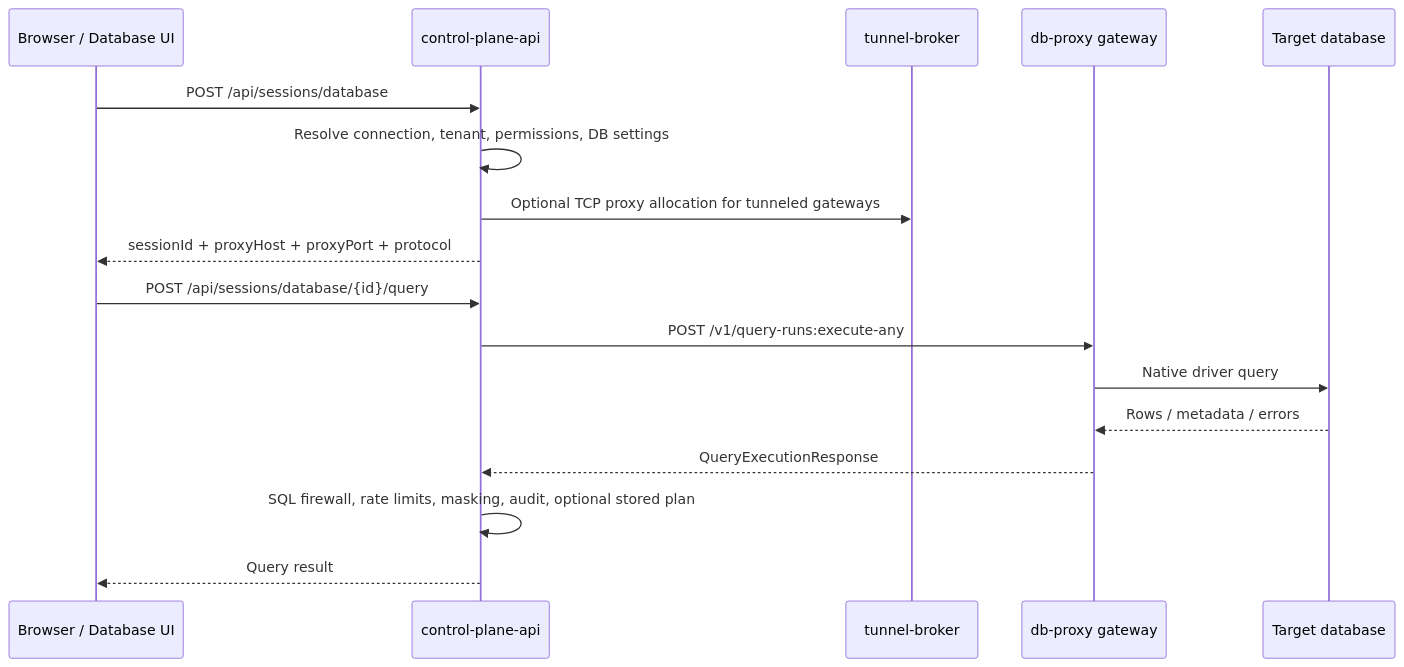
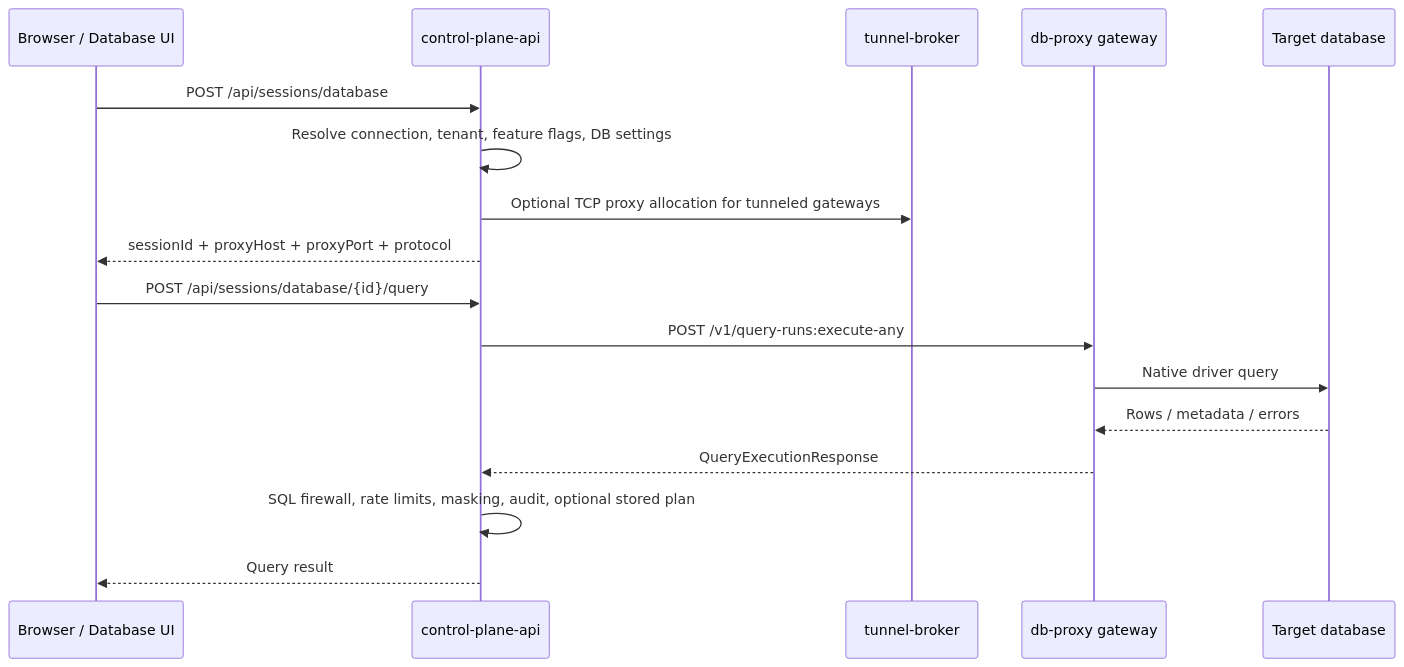
Before and after one commit to dnviti/remote-desktop-manager: the fourth of 4 diagrams in docs/architecture.md, drawn with Mermaid. The commit also changed other lines of this file and 80 other files, not shown here.

Commit message:
Add installer-managed deployment flow and runtime feature manifest

````diff
--- a/docs/architecture.md
+++ b/docs/architecture.md
@@ -147,21 +178,21 @@
 ```mermaid
 sequenceDiagram
     participant UI as Browser / Database UI
     participant CP as control-plane-api
     participant TB as tunnel-broker
     participant GP as db-proxy gateway
     participant DB as Target database
 
     UI->>CP: POST /api/sessions/database
-    CP->>CP: Resolve connection, tenant, permissions, DB settings
+    CP->>CP: Resolve connection, tenant, feature flags, DB settings
     CP->>TB: Optional TCP proxy allocation for tunneled gateways
     CP-->>UI: sessionId + proxyHost + proxyPort + protocol
 
     UI->>CP: POST /api/sessions/database/{id}/query
     CP->>GP: POST /v1/query-runs:execute-any
     GP->>DB: Native driver query
     DB-->>GP: Rows / metadata / errors
     GP-->>CP: QueryExecutionResponse
     CP->>CP: SQL firewall, rate limits, masking, audit, optional stored plan
     CP-->>UI: Query result
 ```
````
